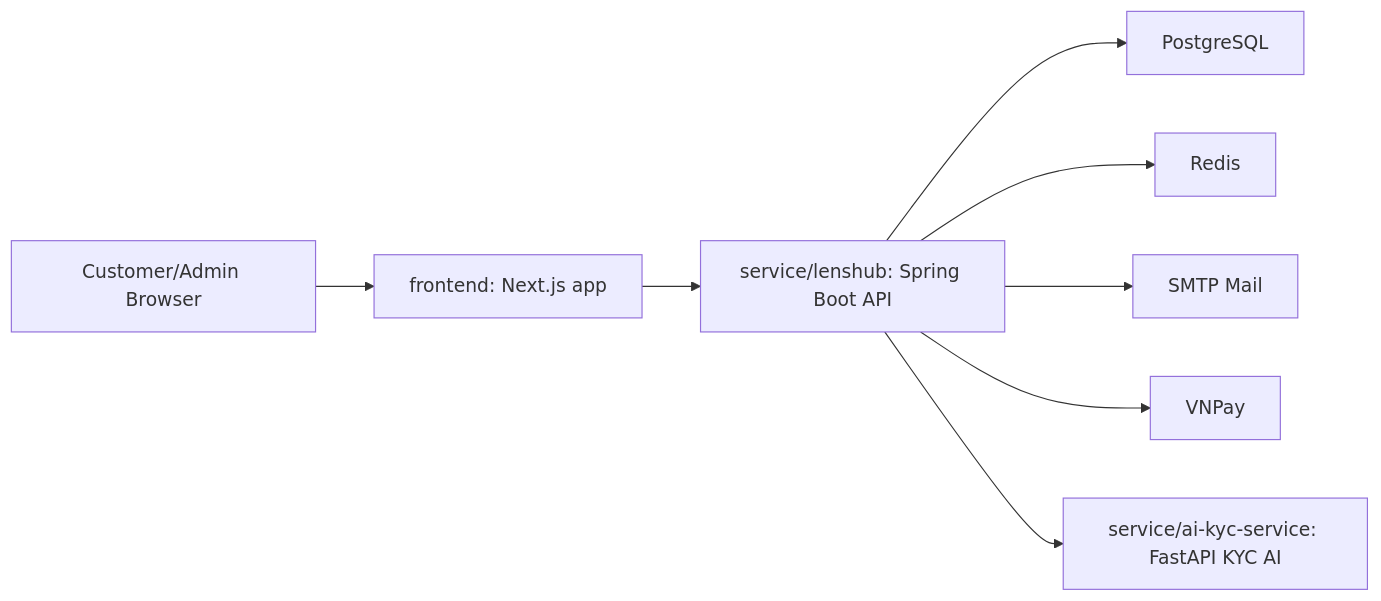
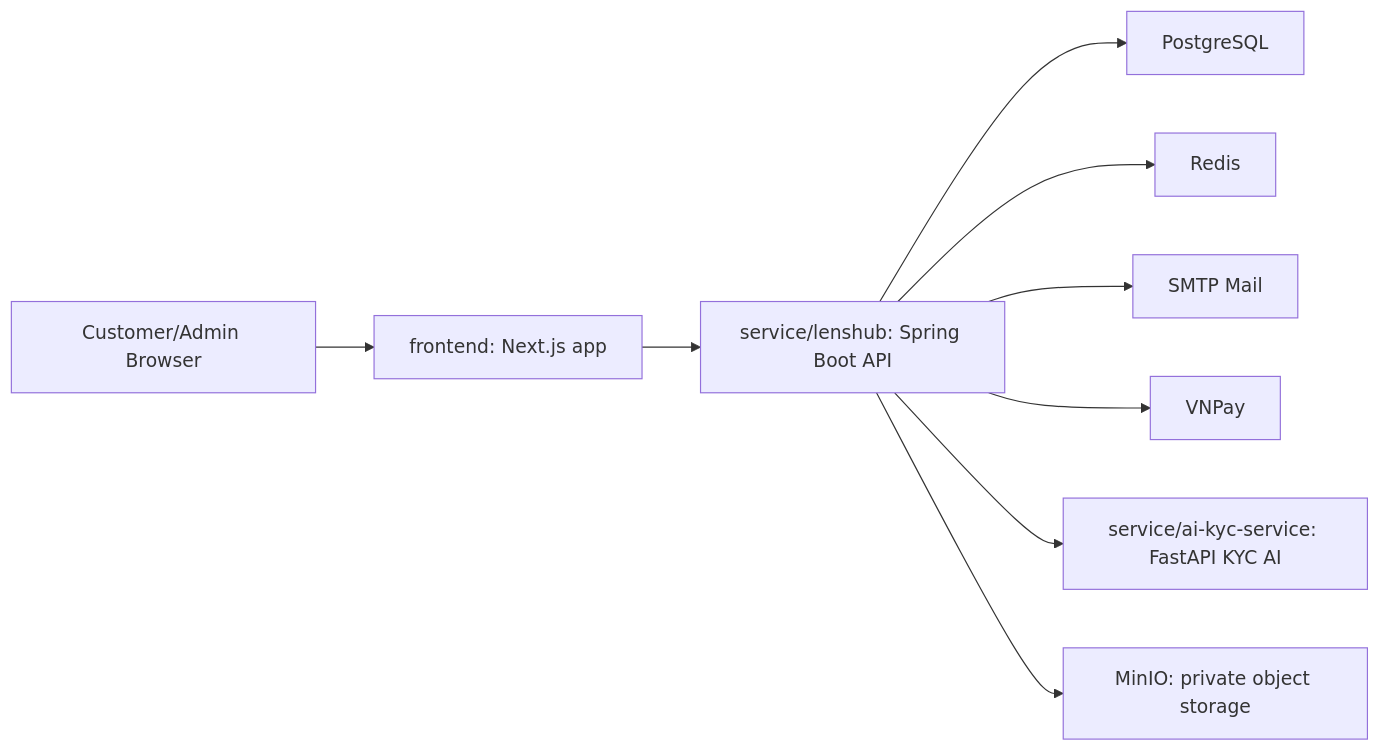
Before and after one commit to ZzZueszZ/digital-rental: the first of 4 diagrams in docs/system-architecture.md, drawn with Mermaid. The commit also changed other lines of this file and 30 other files, not shown here.

````diff
--- a/docs/system-architecture.md
+++ b/docs/system-architecture.md
@@ -12,10 +12,11 @@
 ```mermaid
 flowchart LR
   Customer["Customer/Admin Browser"] --> Next["frontend: Next.js app"]
   Next --> API["service/lenshub: Spring Boot API"]
   API --> PG["PostgreSQL"]
   API --> Redis["Redis"]
   API --> Mail["SMTP Mail"]
   API --> VNPay["VNPay"]
   API --> AIKYC["service/ai-kyc-service: FastAPI KYC AI"]
+  API --> MinIO["MinIO: private object storage"]
 ```
````
